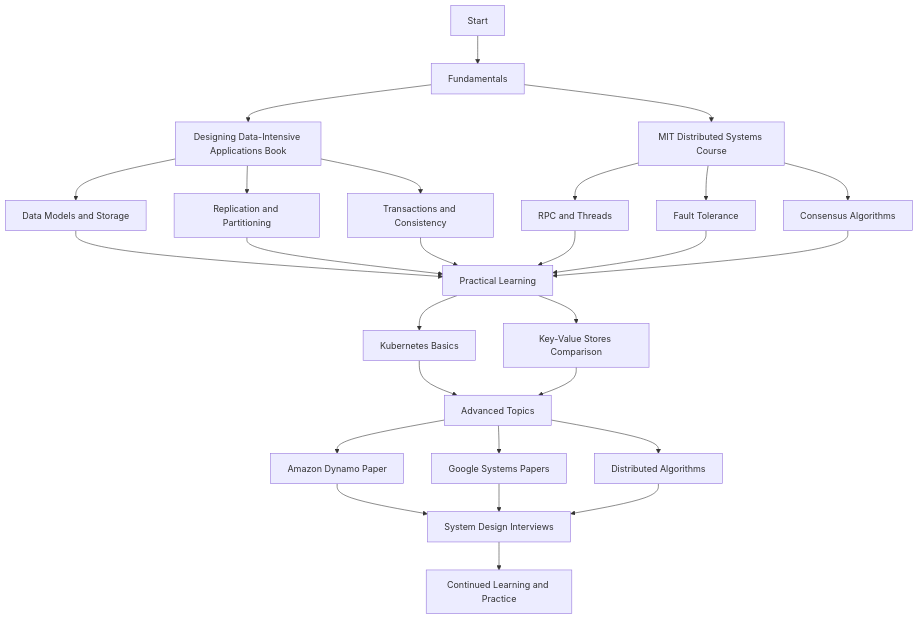
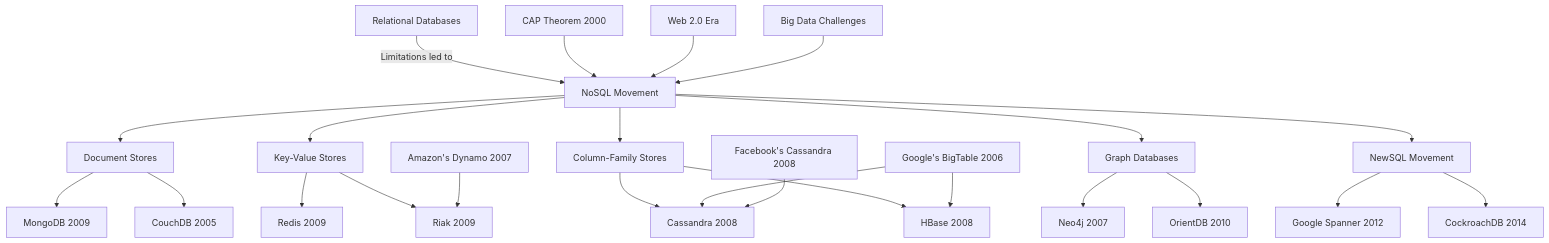
One commit to basilysf1709/distributed-systems changed the diagram in README.md. Above: the diagram before and after it, drawn with Mermaid.

````diff
--- a/README.md
+++ b/README.md
@@ -61,37 +61,26 @@
 ```mermaid
 graph TD
-    A[Start] --> B[Fundamentals]
-    B --> C[Designing Data-Intensive Applications Book]
-    B --> D[MIT Distributed Systems Course]
-    
-    C --> E[Data Models and Storage]
-    C --> F[Replication and Partitioning]
-    C --> G[Transactions and Consistency]
-    
-    D --> H[RPC and Threads]
-    D --> I[Fault Tolerance]
-    D --> J[Consensus Algorithms]
-    
-    E --> K[Practical Learning]
-    F --> K
-    G --> K
-    H --> K
-    I --> K
-    J --> K
-    
-    K --> L[Kubernetes Basics]
-    K --> M[Key-Value Stores Comparison]
-    
-    L --> N[Advanced Topics]
-    M --> N
-    
-    N --> O[Amazon Dynamo Paper]
-    N --> P[Google Systems Papers]
-    N --> Q[Distributed Algorithms]
-    
-    O --> R[System Design Interviews]
-    P --> R
-    Q --> R
-    
-    R --> S[Continued Learning and Practice]
+    A[Relational Databases] -->|Limitations led to| B[NoSQL Movement]
+    B --> C[Document Stores]
+    B --> D[Key-Value Stores]
+    B --> E[Column-Family Stores]
+    B --> F[Graph Databases]
+    C --> G[MongoDB 2009]
+    C --> H[CouchDB 2005]
+    D --> I[Redis 2009]
+    D --> J[Riak 2009]
+    E --> K[Cassandra 2008]
+    E --> L[HBase 2008]
+    F --> M[Neo4j 2007]
+    F --> N[OrientDB 2010]
+    O[Google's BigTable 2006] --> K
+    O --> L
+    P[Amazon's Dynamo 2007] --> J
+    Q[Facebook's Cassandra 2008] --> K
+    R[CAP Theorem 2000] --> B
+    S[Web 2.0 Era] --> B
+    T[Big Data Challenges] --> B
+    U[NewSQL Movement] --> V[Google Spanner 2012]
+    U --> W[CockroachDB 2014]
+    B --> U
 ```
````
